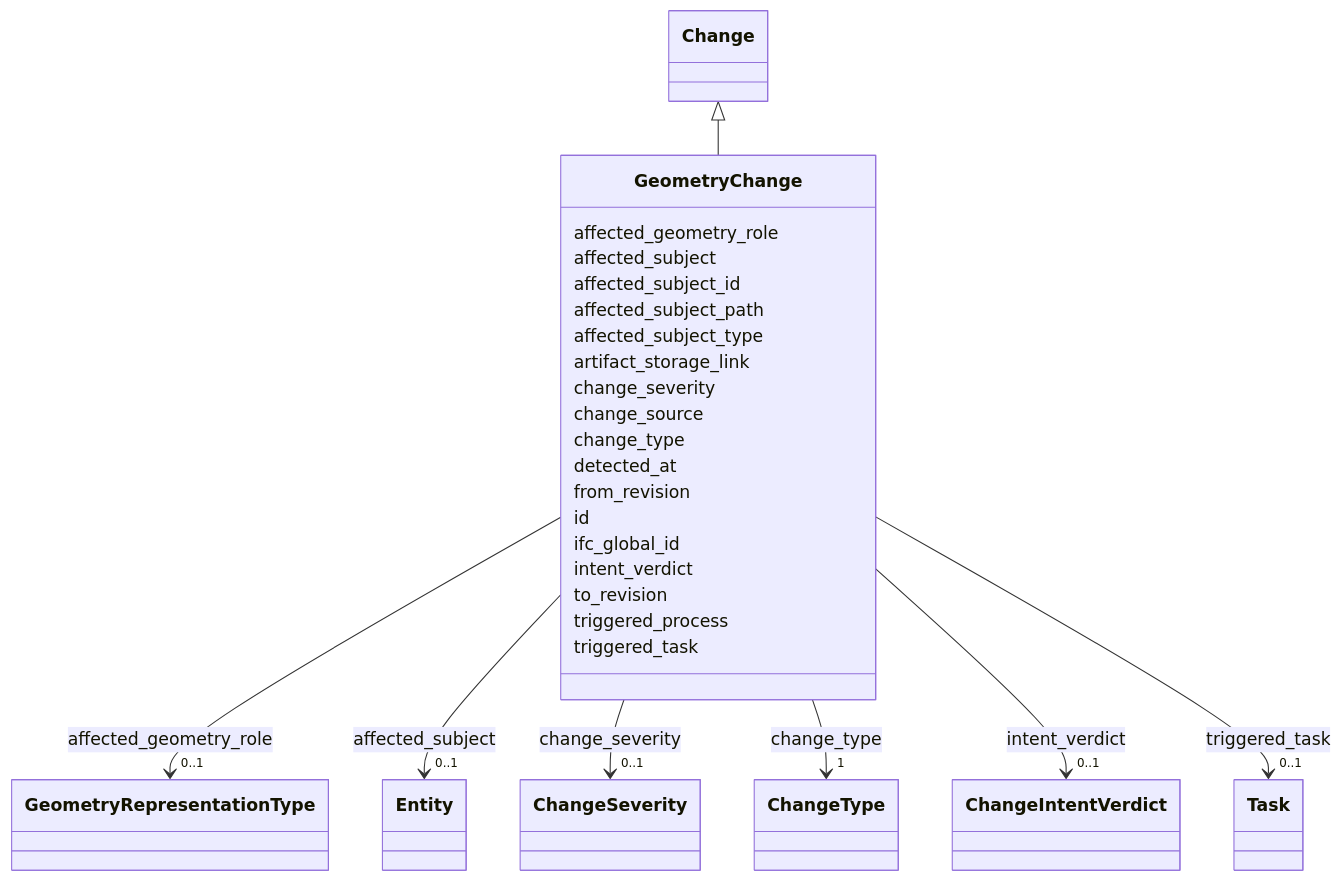
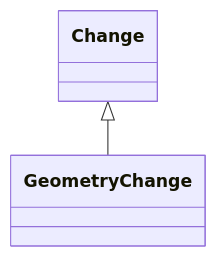
Before and after one commit to simondilhas/pragmatic-bim-data-contract: the diagram in site/schema/GeometryChange.md, drawn with Mermaid. The commit also changed 561 other files, not shown here.

First line of the commit message:
Integrate Mermaid and Panzoom for enhanced documentation visualization

````diff
--- a/site/schema/GeometryChange.md
+++ b/site/schema/GeometryChange.md
@@ -23,36 +23,14 @@
 ```mermaid
- classDiagram
-    class GeometryChange
-    click GeometryChange href "./GeometryChange.html"
-      Change <|-- GeometryChange
-        click Change href "./Change.html"
-      GeometryChange : affected_geometry_role
-        GeometryChange --> "0..1" GeometryRepresentationType : affected_geometry_role
-        click GeometryRepresentationType href "./GeometryRepresentationType.html"
-      GeometryChange : affected_subject
-        GeometryChange --> "0..1" Entity : affected_subject
-        click Entity href "./Entity.html"
-      GeometryChange : affected_subject_id
-      GeometryChange : affected_subject_path
-      GeometryChange : affected_subject_type
-      GeometryChange : artifact_storage_link
-      GeometryChange : change_severity
-        GeometryChange --> "0..1" ChangeSeverity : change_severity
-        click ChangeSeverity href "./ChangeSeverity.html"
-      GeometryChange : change_source
-      GeometryChange : change_type
-        GeometryChange --> "1" ChangeType : change_type
-        click ChangeType href "./ChangeType.html"
-      GeometryChange : detected_at
-      GeometryChange : from_revision
-      GeometryChange : id
-      GeometryChange : ifc_global_id
-      GeometryChange : intent_verdict
-        GeometryChange --> "0..1" ChangeIntentVerdict : intent_verdict
-        click ChangeIntentVerdict href "./ChangeIntentVerdict.html"
-      GeometryChange : to_revision
-      GeometryChange : triggered_process
-      GeometryChange : triggered_task
-        GeometryChange --> "0..1" Task : triggered_task
-        click Task href "./Task.html"
+classDiagram
+direction TB
+class GeometryChange
+click GeometryChange href "./GeometryChange.html" _blank
+Change <|-- GeometryChange
+click Change href "./Change.html" _blank
+click GeometryRepresentationType href "./GeometryRepresentationType.html" _blank
+click Entity href "./Entity.html" _blank
+click ChangeSeverity href "./ChangeSeverity.html" _blank
+click ChangeType href "./ChangeType.html" _blank
+click ChangeIntentVerdict href "./ChangeIntentVerdict.html" _blank
+click Task href "./Task.html" _blank
 ```
````
